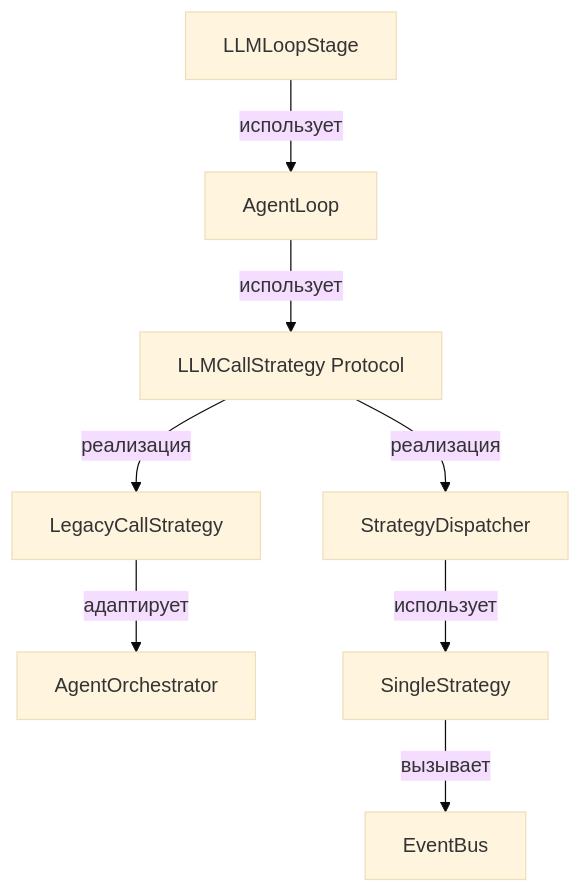
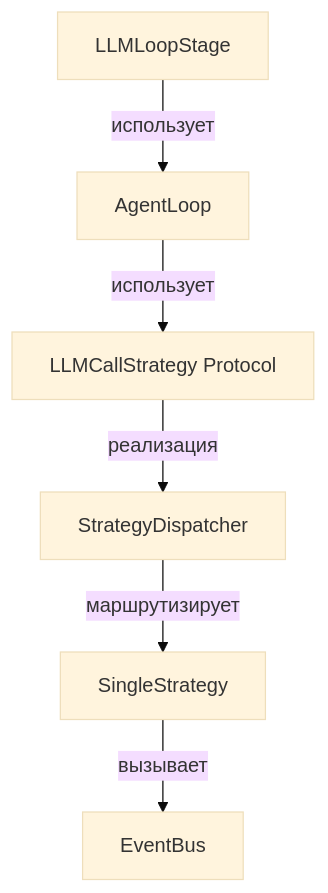
One commit to pese-git/codelab-agent changed the second of 4 diagrams in codelab/README.md. Above: the diagram before and after it, drawn with Mermaid (base theme). The commit also changed other lines of this file and 9 other files, not shown here.

````diff
--- a/codelab/README.md
+++ b/codelab/README.md
@@ -392,10 +404,8 @@
 ```mermaid
 graph TD
     A[LLMLoopStage] -->|использует| B[AgentLoop]
     B -->|использует| C[LLMCallStrategy Protocol]
-    C -->|реализация| D[LegacyCallStrategy]
-    C -->|реализация| E[StrategyDispatcher]
-    D -->|адаптирует| F[AgentOrchestrator]
-    E -->|использует| G[SingleStrategy]
-    G -->|вызывает| H[EventBus]
+    C -->|реализация| D[StrategyDispatcher]
+    D -->|маршрутизирует| E[SingleStrategy]
+    E -->|вызывает| F[EventBus]
 ```
````
